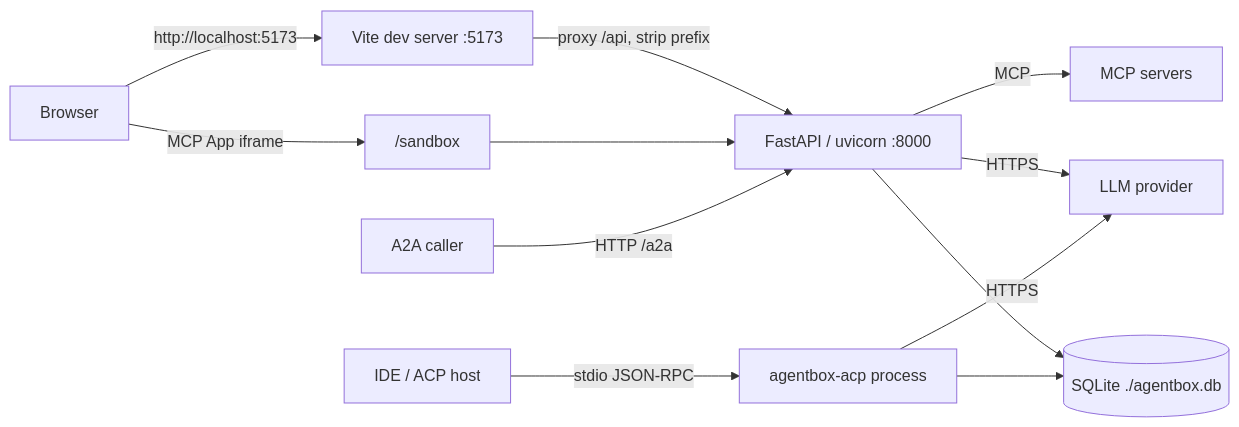
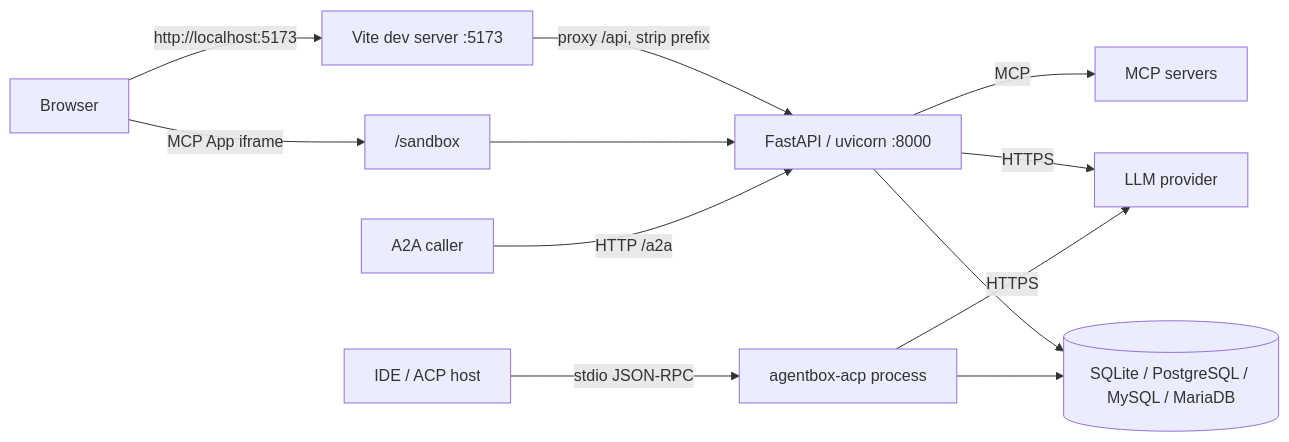
Before and after one commit to jrialland/agentbox: the first of 2 diagrams in docs/architecture/01-system-overview.md, drawn with Mermaid. The commit also changed other lines of this file and 17 other files, not shown here.

Commit message:
docs: document schema v1 and database vendor configuration

````diff
--- a/docs/architecture/01-system-overview.md
+++ b/docs/architecture/01-system-overview.md
@@ -39,14 +39,14 @@
 ```mermaid
 flowchart LR
   browser["Browser"] -->|"http://localhost:5173"| vite["Vite dev server :5173"]
   vite -->|"proxy /api, strip prefix"| api["FastAPI / uvicorn :8000"]
   browser -->|"MCP App iframe"| sandbox["/sandbox"]
   sandbox --> api
-  api --> db[("SQLite ./agentbox.db")]
+  api --> db[("SQLite / PostgreSQL / MySQL / MariaDB")]
   api -->|"HTTPS"| llm["LLM provider"]
   api -->|"MCP"| mcp["MCP servers"]
   ide["IDE / ACP host"] -->|"stdio JSON-RPC"| acp["agentbox-acp process"]
   acp --> db
   acp -->|"HTTPS"| llm
   a2a["A2A caller"] -->|"HTTP /a2a"| api
 ```
````
